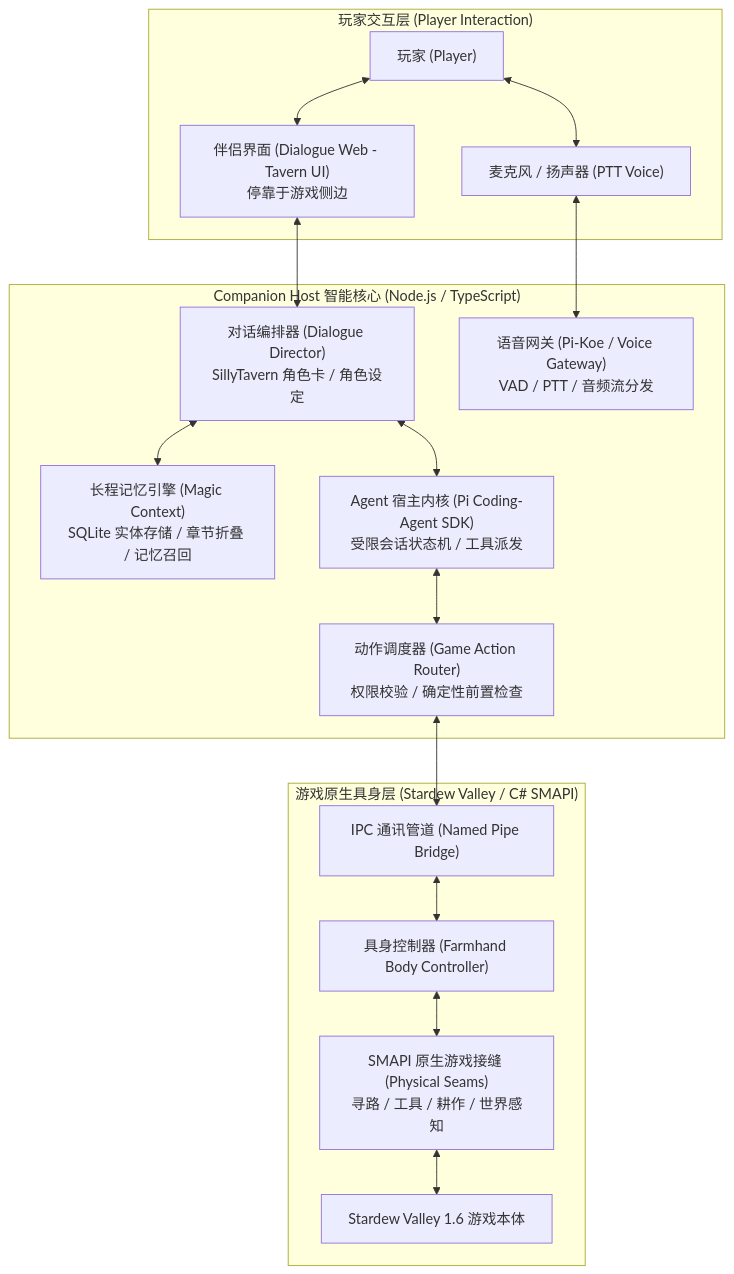
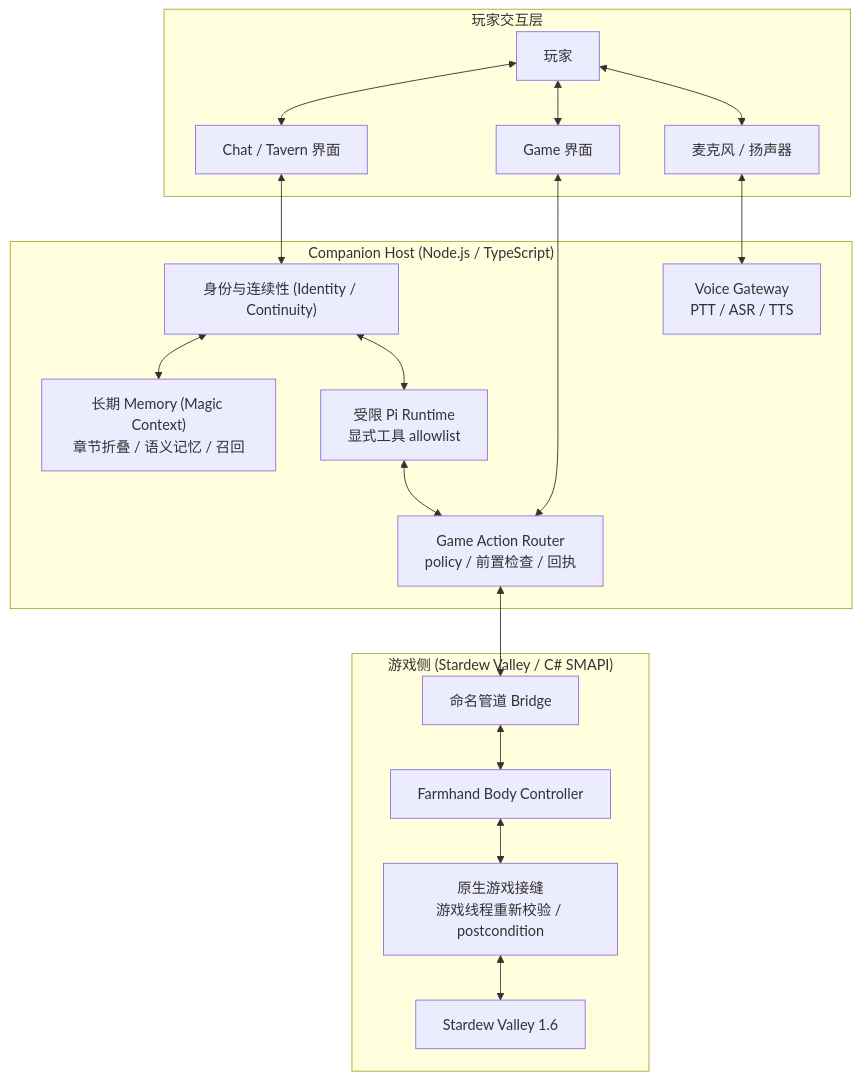
One commit to zhexulong/gamebuddy changed the diagram in README.md. Above: the diagram before and after it, drawn with Mermaid. The commit also changed other lines of this file and 2 other files, not shown here.

Commit message:
docs: lead with AIRP long-session positioning and the player install path

````diff
--- a/README.md
+++ b/README.md
@@ -56,35 +133,38 @@
 ```mermaid
 flowchart TB
-    subgraph PlayerLayer["玩家交互层 (Player Interaction)"]
-        Player["玩家 (Player)"]
-        WebUI["伴侣界面 (Dialogue Web - Tavern UI)<br/>停靠于游戏侧边"]
-        Mic["麦克风 / 扬声器 (PTT Voice)"]
+    subgraph PlayerLayer["玩家交互层"]
+        Player["玩家"]
+        ChatUI["Chat / Tavern 界面"]
+        GameUI["Game 界面"]
+        Mic["麦克风 / 扬声器"]
     end
 
-    subgraph HostLayer["Companion Host 智能核心 (Node.js / TypeScript)"]
-        Director["对话编排器 (Dialogue Director)<br/>SillyTavern 角色卡 / 角色设定"]
-        Memory["长程记忆引擎 (Magic Context)<br/>SQLite 实体存储 / 章节折叠 / 记忆召回"]
-        PiRuntime["Agent 宿主内核 (Pi Coding-Agent SDK)<br/>受限会话状态机 / 工具派发"]
-        VoiceGW["语音网关 (Pi-Koe / Voice Gateway)<br/>VAD / PTT / 音频流分发"]
-        ActionRouter["动作调度器 (Game Action Router)<br/>权限校验 / 确定性前置检查"]
+    subgraph HostLayer["Companion Host (Node.js / TypeScript)"]
+        Identity["身份与连续性 (Identity / Continuity)"]
+        Memory["长期 Memory (Magic Context)<br/>章节折叠 / 语义记忆 / 召回"]
+        PiRuntime["受限 Pi Runtime<br/>显式工具 allowlist"]
+        VoiceGW["Voice Gateway<br/>PTT / ASR / TTS"]
+        ActionRouter["Game Action Router<br/>policy / 前置检查 / 回执"]
     end
 
-    subgraph GameLayer["游戏原生具身层 (Stardew Valley / C# SMAPI)"]
-        Bridge["IPC 通讯管道 (Named Pipe Bridge)"]
-        BodyCtrl["具身控制器 (Farmhand Body Controller)"]
-        NativeSeam["SMAPI 原生游戏接缝 (Physical Seams)<br/>寻路 / 工具 / 耕作 / 世界感知"]
-        GameEngine["Stardew Valley 1.6 游戏本体"]
+    subgraph GameLayer["游戏侧 (Stardew Valley / C# SMAPI)"]
+        Bridge["命名管道 Bridge"]
+        BodyCtrl["Farmhand Body Controller"]
+        NativeSeam["原生游戏接缝<br/>游戏线程重新校验 / postcondition"]
+        GameEngine["Stardew Valley 1.6"]
     end
 
-    Player <--> WebUI
+    Player <--> ChatUI
+    Player <--> GameUI
     Player <--> Mic
-    WebUI <--> Director
+    ChatUI <--> Identity
+    GameUI <--> ActionRouter
     Mic <--> VoiceGW
-    Director <--> Memory
-    Director <--> PiRuntime
+    Identity <--> Memory
+    Identity <--> PiRuntime
     PiRuntime <--> ActionRouter
     ActionRouter <--> Bridge
     Bridge <--> BodyCtrl
     BodyCtrl <--> NativeSeam
     NativeSeam <--> GameEngine
 ```
````
